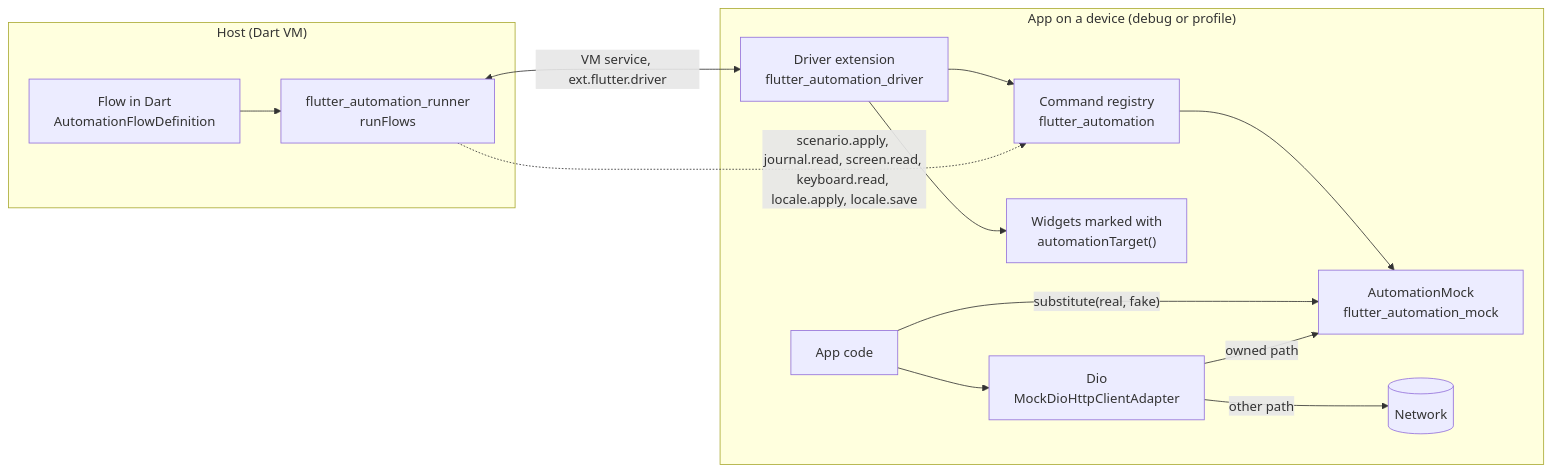
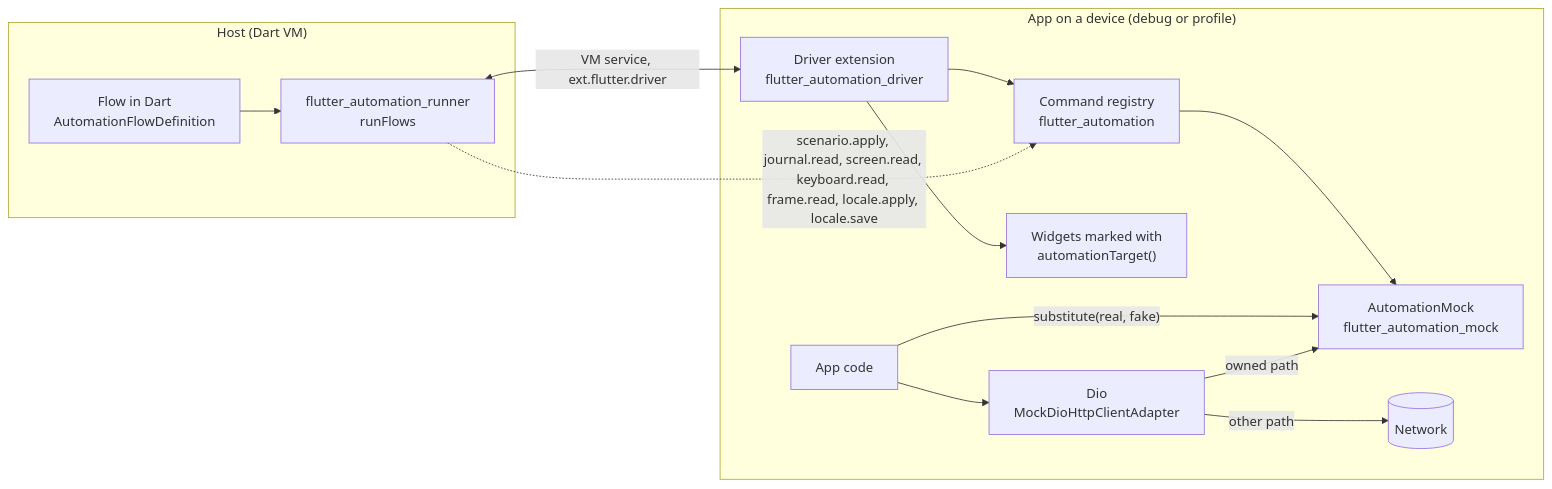
One commit to valeriinov/flutter_automation changed the diagram in README.md. Above: the diagram before and after it, drawn with Mermaid. The commit also changed other lines of this file and 23 other files, not shown here.

````diff
--- a/README.md
+++ b/README.md
@@ -21,27 +21,27 @@
 ```mermaid
 flowchart LR
   subgraph host["Host (Dart VM)"]
     flow["Flow in Dart<br/>AutomationFlowDefinition"]
     runner["flutter_automation_runner<br/>runFlows"]
     flow --> runner
   end
 
   subgraph app["App on a device (debug or profile)"]
     ext["Driver extension<br/>flutter_automation_driver"]
     cmds["Command registry<br/>flutter_automation"]
     targets["Widgets marked with<br/>automationTarget()"]
     mock["AutomationMock<br/>flutter_automation_mock"]
     dio["Dio<br/>MockDioHttpClientAdapter"]
     code["App code"]
     ext --> cmds
     ext --> targets
     cmds --> mock
     code -->|"substitute(real, fake)"| mock
     code --> dio
     dio -->|"owned path"| mock
     dio -->|"other path"| net[("Network")]
   end
 
   runner <-->|"VM service, ext.flutter.driver"| ext
-  runner -.->|"scenario.apply, journal.read, screen.read, keyboard.read, locale.apply, locale.save"| cmds
+  runner -.->|"scenario.apply, journal.read, screen.read, keyboard.read, frame.read, locale.apply, locale.save"| cmds
 ```
````
